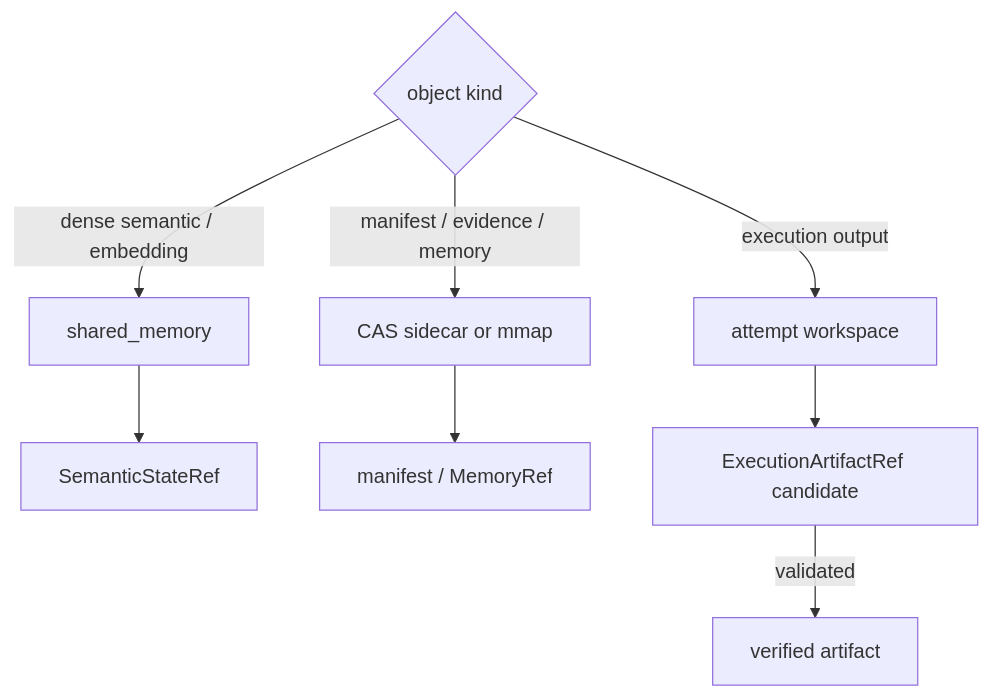
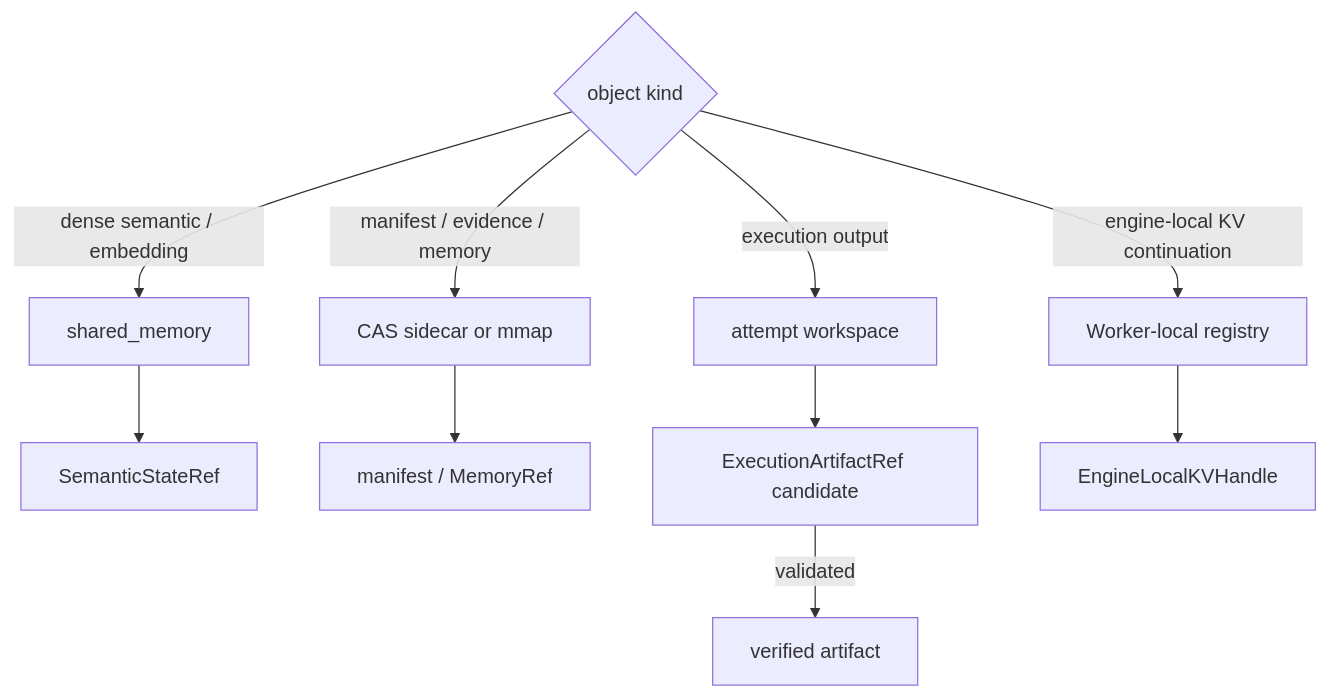
Before and after one commit to qcrs/os: the diagram in docs/implementation/architecture/process-and-storage.md, drawn with Mermaid. The commit also changed other lines of this file and 77 other files, not shown here.

````diff
--- a/docs/implementation/architecture/process-and-storage.md
+++ b/docs/implementation/architecture/process-and-storage.md
@@ -36,11 +45,13 @@
 ```mermaid
 flowchart TD
     O{object kind}
     O -->|dense semantic / embedding| SHM[shared_memory]
     O -->|manifest / evidence / memory| CAS[CAS sidecar or mmap]
     O -->|execution output| WS[attempt workspace]
+    O -->|engine-local KV continuation| EKV[Worker-local registry]
     SHM --> REF1[SemanticStateRef]
     CAS --> REF2[manifest / MemoryRef]
     WS --> REF3[ExecutionArtifactRef candidate]
+    EKV --> H[EngineLocalKVHandle]
     REF3 -->|validated| ART[verified artifact]
 ```
````
